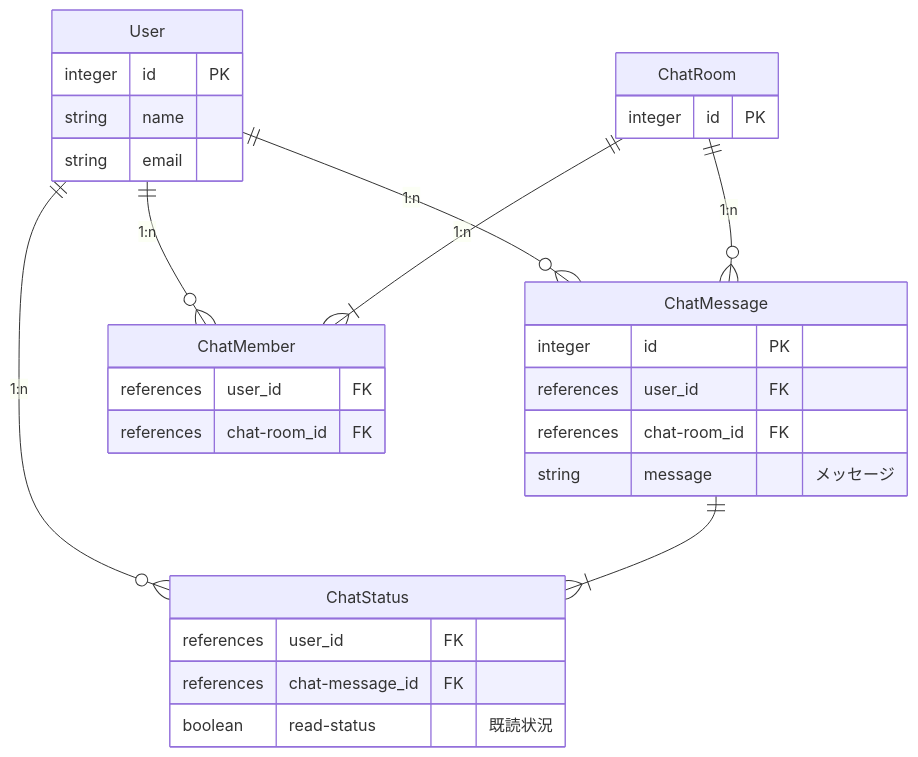
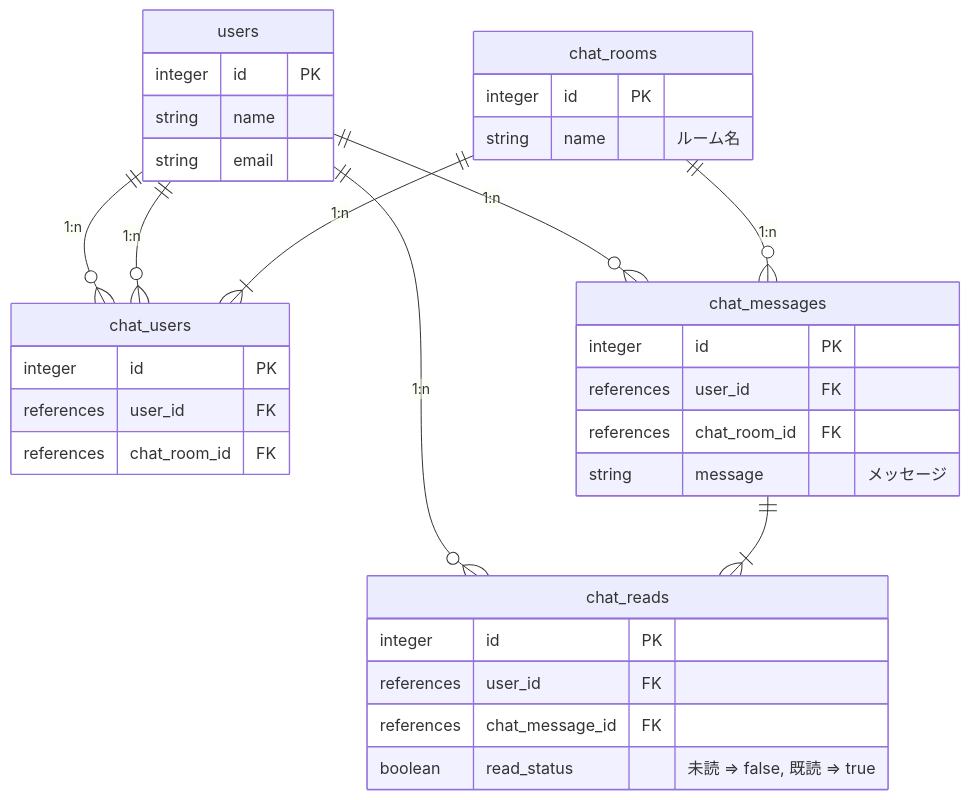
One commit to shigetaa/Laravel10Start changed the diagram in chat/Readme.md. Above: the diagram before and after it, drawn with Mermaid. The commit also changed other lines of this file, not shown here.

````diff
--- a/chat/Readme.md
+++ b/chat/Readme.md
@@ -11,38 +85,42 @@
 ```mermaid
 erDiagram
 
-User ||--o{ ChatMessage: "1:n"
-User ||--o{ ChatMember: "1:n"
-User ||--o{ ChatStatus: "1:n"
-ChatRoom ||--|{ ChatMember: "1:n"
-ChatRoom ||--o{ ChatMessage: "1:n"
-ChatMessage ||--|{ ChatStatus: ""
+users ||--o{ chat_users: "1:n"
+users ||--o{ chat_users: "1:n"
+users ||--o{ chat_reads: "1:n"
+users ||--o{ chat_messages: "1:n"
+chat_rooms ||--|{ chat_users: "1:n"
+chat_rooms ||--o{ chat_messages: "1:n"
+chat_messages ||--|{ chat_reads: ""
 
-User {
+users {
   integer id PK
   string name
   string email
 }
 
-ChatMember {
+chat_users {
+  integer id PK
   references user_id FK
-  references chat-room_id FK
+  references chat_room_id FK
 }
 
-ChatMessage {
+chat_messages {
   integer id PK
   references user_id FK
-  references chat-room_id FK
+  references chat_room_id FK
   string message "メッセージ"
 }
 
-ChatStatus {
+chat_reads {
+  integer id PK
   references user_id FK
-  references chat-message_id FK
-  boolean read-status "既読状況"
+  references chat_message_id FK
+  boolean read_status "未読 => false, 既読 => true"
 }
 
-ChatRoom {
+chat_rooms {
   integer id PK
+  string name "ルーム名"
 }
 ```
````
